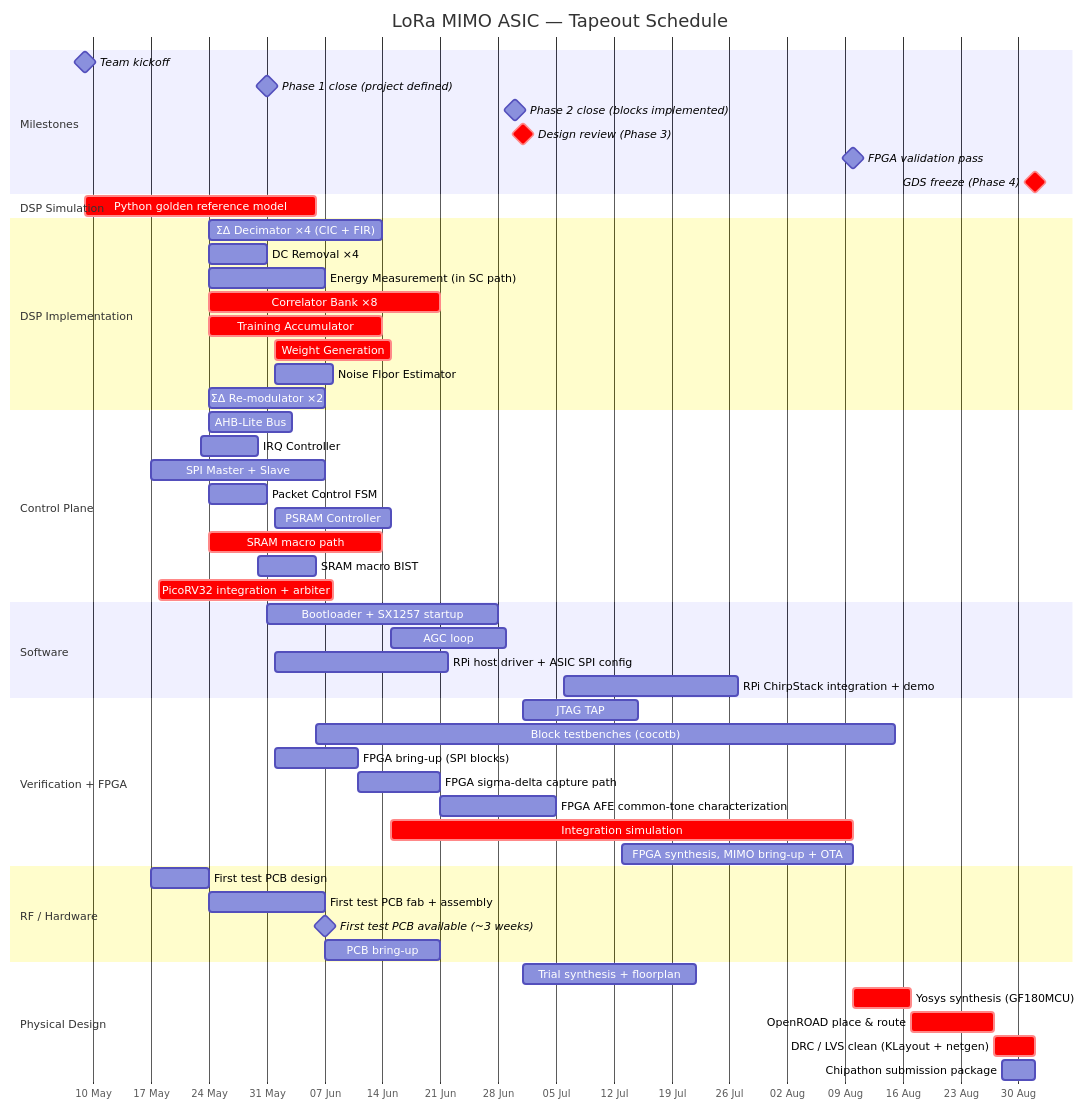
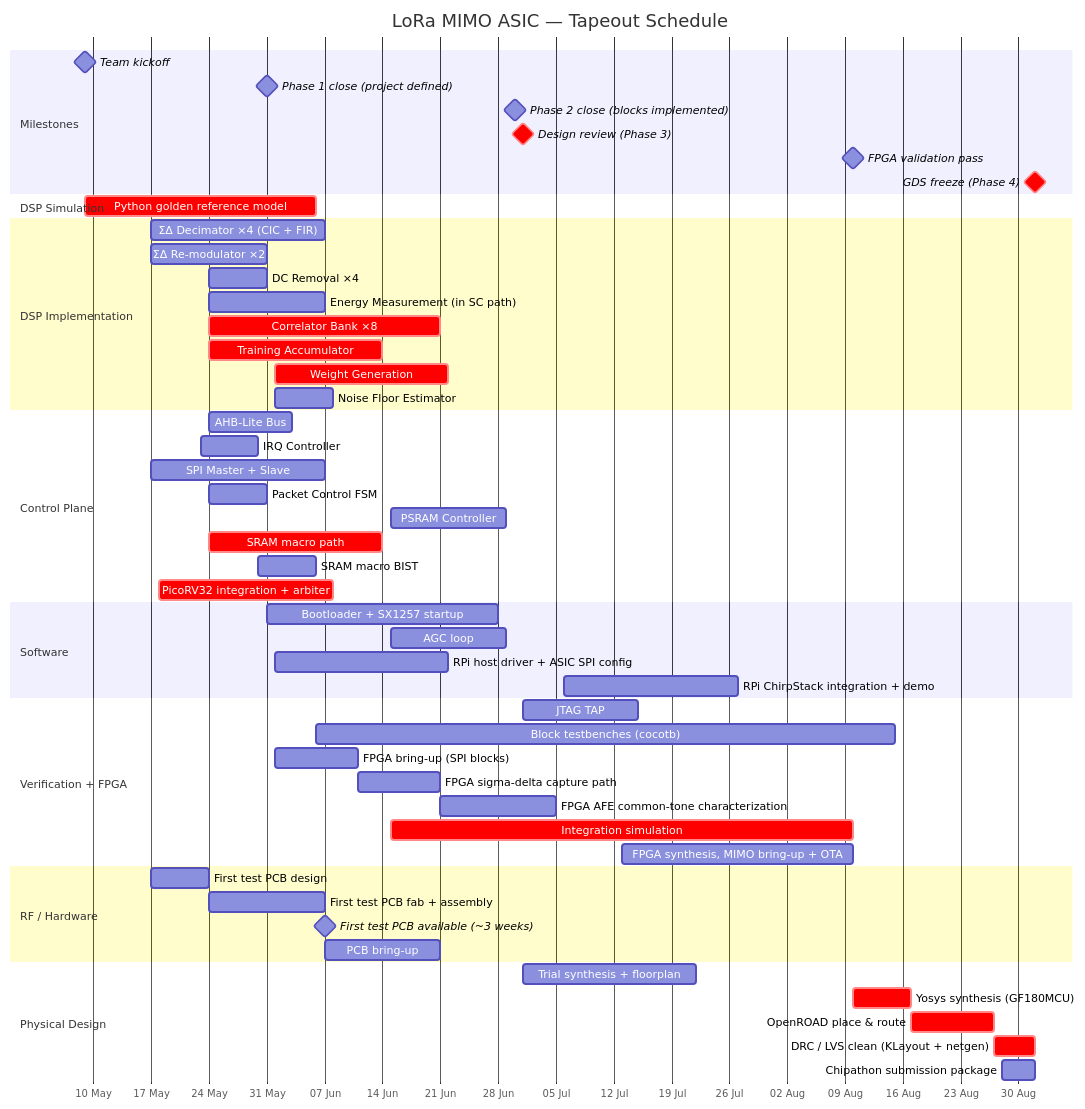
The diagram in lora-mimo/planning/Gantt.md (Sheffield-Chip-Design-Team/chipathon-2026), drawn with Mermaid before and after one commit.

Commit message:
Refine Gantt sequencing

````diff
--- a/lora-mimo/planning/Gantt.md
+++ b/lora-mimo/planning/Gantt.md
@@ -9,65 +9,65 @@
 ```mermaid
 gantt
     title LoRa MIMO ASIC — Tapeout Schedule
     dateFormat  YYYY-MM-DD
     axisFormat  %d %b
 
     section Milestones
     Team kickoff                         :milestone, m1, 2026-05-09, 0d
     Phase 1 close (project defined)      :milestone, m_p1, 2026-05-31, 0d
     Phase 2 close (blocks implemented)   :milestone, m_p2, 2026-06-30, 0d
     Design review (Phase 3)              :milestone, crit, m2, 2026-07-01, 0d
     FPGA validation pass                 :milestone, m3,     2026-08-10, 0d
     GDS freeze (Phase 4)                 :milestone, crit, m4, 2026-09-01, 0d
 
     section DSP Simulation
     Python golden reference model        :crit, vf1,  2026-05-09, 28d
 
     section DSP Implementation
-    ΣΔ Decimator ×4 (CIC + FIR)         :rx1,  2026-05-24, 21d
+    ΣΔ Decimator ×4 (CIC + FIR)         :rx1,  2026-05-17, 21d
+    ΣΔ Re-modulator ×2                   :rx6,  2026-05-17, 14d
     DC Removal ×4                        :rx0,  2026-05-24, 7d
     Energy Measurement (in SC path)     :rx2,  2026-05-24, 14d
     Correlator Bank ×8                   :crit, rx3,  2026-05-24, 28d
     Training Accumulator                 :crit, rx4,  2026-05-24, 21d
-    Weight Generation                    :crit, rx5,  2026-06-01, 14d
+    Weight Generation                    :crit, rx5,  2026-06-01, 21d
     Noise Floor Estimator                :rx7,  2026-06-01, 7d
-    ΣΔ Re-modulator ×2                   :rx6,  2026-05-24, 14d
 
     section Control Plane
     AHB-Lite Bus                         :cb4,  2026-05-24, 10d
     IRQ Controller                       :cb3,  2026-05-23, 7d
     SPI Master + Slave                   :cb1,  2026-05-17, 21d
     Packet Control FSM                   :cb5,  2026-05-24, 7d
-    PSRAM Controller                     :cb6,  2026-06-01, 14d
+    PSRAM Controller                     :cb6,  2026-06-15, 14d
     SRAM macro path                      :crit, cm1,  2026-05-24, 21d
     SRAM macro BIST                      :cm2,  2026-05-30, 7d
     PicoRV32 integration + arbiter       :crit, cm3,  2026-05-18, 21d
 
     section Software
     Bootloader + SX1257 startup          :fw0,  2026-05-31, 28d
     AGC loop                             :fw4,  2026-06-15, 14d
     RPi host driver + ASIC SPI config    :fw6,  2026-06-01, 21d
     RPi ChirpStack integration + demo    :fw7,  2026-07-06, 21d
 
     section Verification + FPGA
     JTAG TAP                             :cm4,  2026-07-01, 14d
     Block testbenches (cocotb)           :vf2,  after vf1, 70d
     FPGA bring-up (SPI blocks)           :fp0,  2026-06-01, 10d
     FPGA sigma-delta capture path        :fp1,  2026-06-11, 10d
     FPGA AFE common-tone characterization:fp2,  2026-06-21, 14d
     Integration simulation               :crit, vf4,  2026-06-15, 56d
     FPGA synthesis, MIMO bring-up + OTA  :fp3,  2026-07-13, 28d
 
     section RF / Hardware
     First test PCB design                :hw2,  2026-05-17, 7d
     First test PCB fab + assembly        :hw3,  2026-05-24, 14d
     First test PCB available (~3 weeks)  :milestone, hw4, 2026-06-07, 0d
     PCB bring-up                         :hw5,  2026-06-07, 14d
 
     section Physical Design
     Trial synthesis + floorplan          :pd0,  2026-07-01, 21d
     Yosys synthesis (GF180MCU)           :crit, pd1,  2026-08-10, 7d
     OpenROAD place & route               :crit, pd2,  2026-08-17, 10d
     DRC / LVS clean (KLayout + netgen)   :crit, pd3,  2026-08-27, 5d
     Chipathon submission package         :pd4,  2026-08-28, 4d
 ```
````
